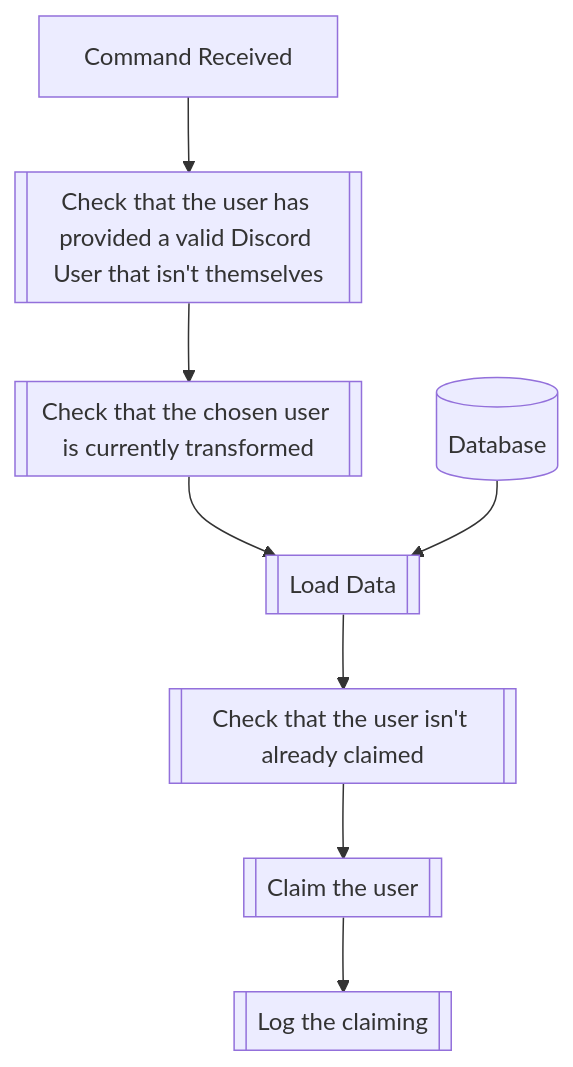
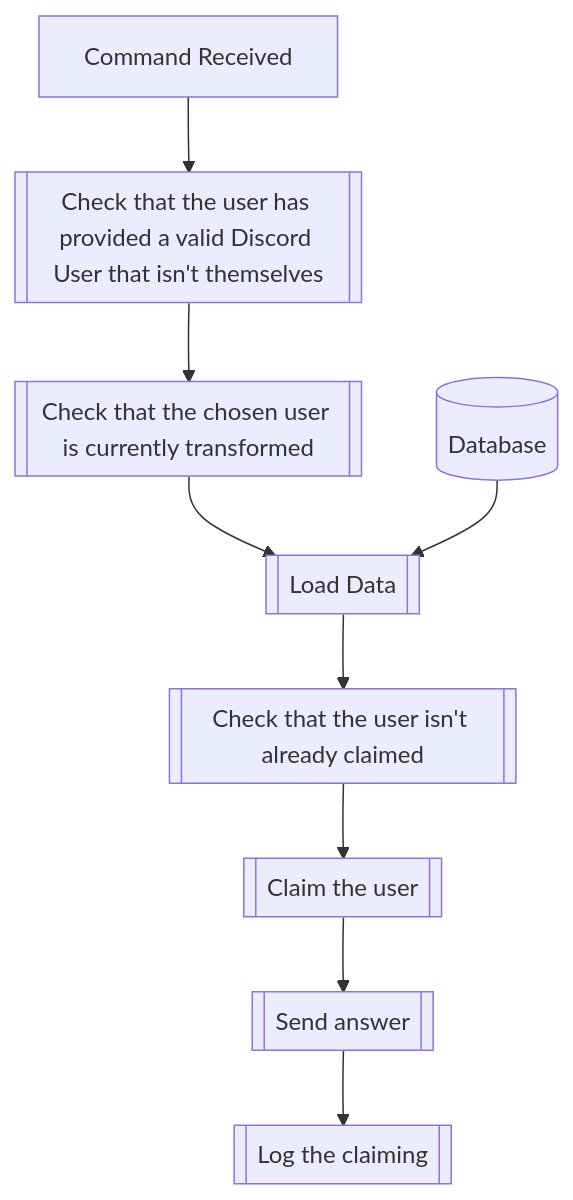
Before and after one commit to dorythecat/TransforMate: the first of 2 diagrams in docs/commands/transformation/claim_and_unclaim.md, drawn with Mermaid. The commit also changed other lines of this file and 5 other files, not shown here.

Commit message:
Fixed flowcharts and some typos

````diff
--- a/docs/commands/transformation/claim_and_unclaim.md
+++ b/docs/commands/transformation/claim_and_unclaim.md
@@ -16,10 +16,11 @@
 ```mermaid
 flowchart TD
     CommandReceived[Command Received] --> CheckUser[[Check that the user has provided a valid Discord User that isn't themselves]]
     CheckUser --> SecondCheckUser[[Check that the chosen user is currently transformed]]
     SecondCheckUser --> LoadData[[Load Data]]
     Database[(Database)] --> LoadData
     LoadData --> CheckClaim[[Check that the user isn't already claimed]]
     CheckClaim --> Claim[[Claim the user]]
-    Claim --> Log[[Log the claiming]]
+    Claim --> SendAnswer[[Send answer]]
+    SendAnswer --> Log[[Log the claiming]]
 ```
````
